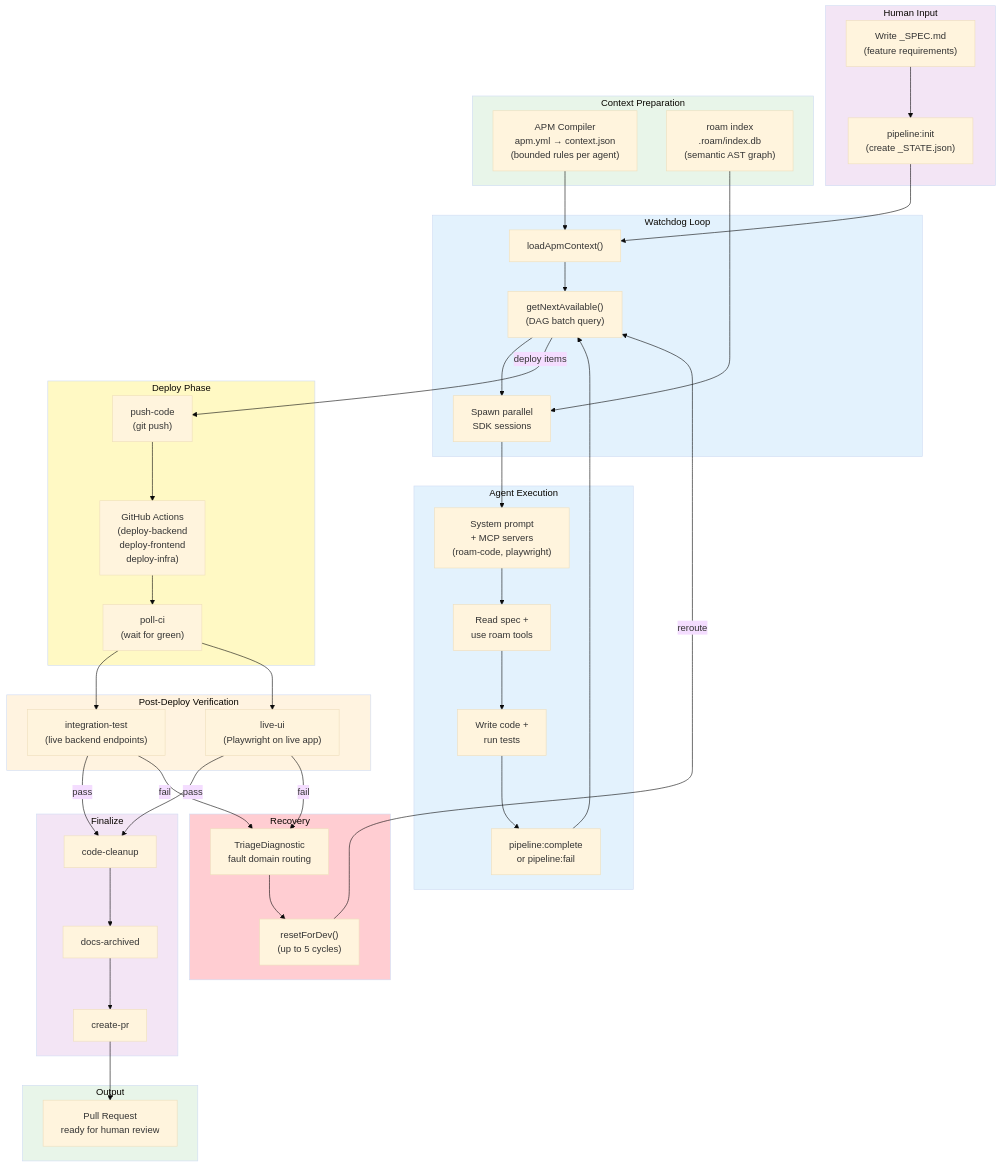
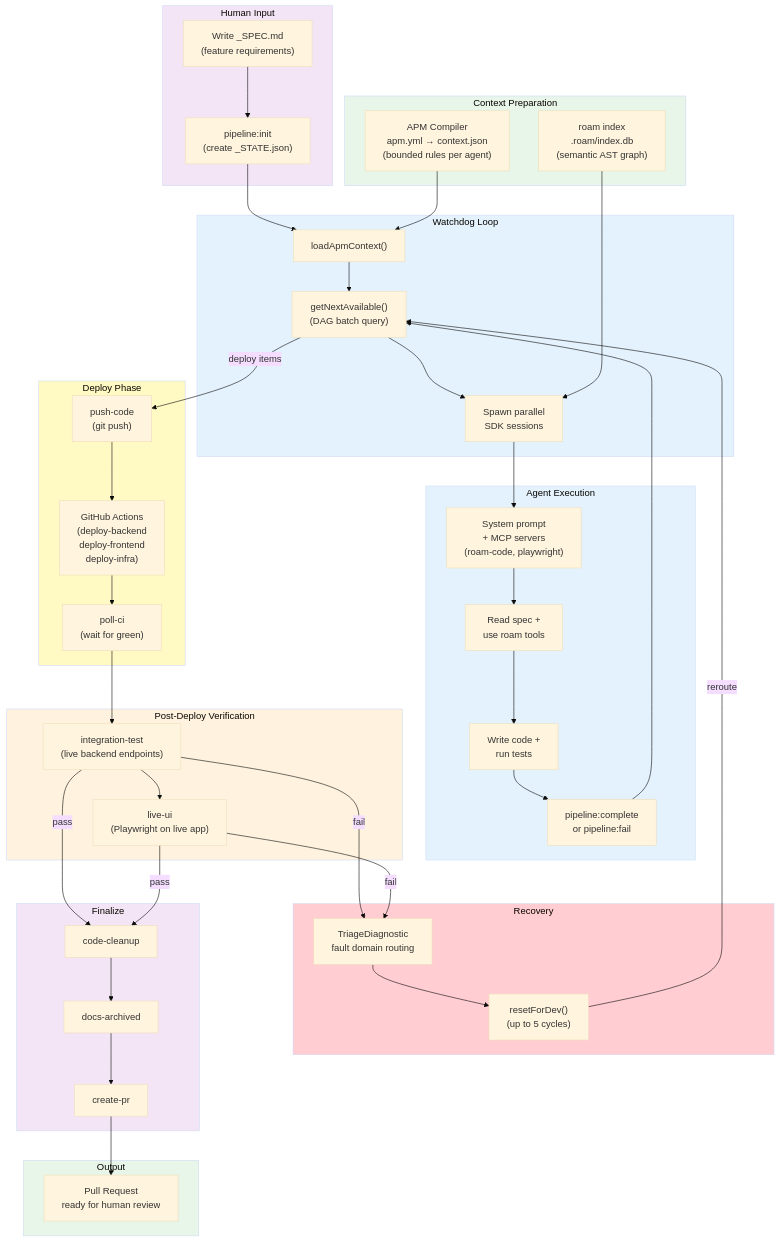
The diagram in README.md (RomanKaliupinMelonusa/DAGent-t), drawn with Mermaid (base theme) before and after one commit. The commit also changed other lines of this file and 18 other files, not shown here.

````diff
--- a/README.md
+++ b/README.md
@@ -116,71 +116,71 @@
 ```mermaid
 flowchart TD
     subgraph INPUT["Human Input"]
         SPEC["Write _SPEC.md<br/>(feature requirements)"]
         INIT["pipeline:init<br/>(create _STATE.json)"]
     end
 
     subgraph CONTEXT["Context Preparation"]
         APM["APM Compiler<br/>apm.yml → context.json<br/>(bounded rules per agent)"]
         ROAM_IDX["roam index<br/>.roam/index.db<br/>(semantic AST graph)"]
     end
 
     subgraph WATCHDOG["Watchdog Loop"]
         LOAD["loadApmContext()"] --> BATCH["getNextAvailable()<br/>(DAG batch query)"]
         BATCH --> SESSIONS["Spawn parallel<br/>SDK sessions"]
     end
 
     subgraph AGENTS["Agent Execution"]
         SYS["System prompt<br/>+ MCP servers<br/>(roam-code, playwright)"]
         SYS --> READ["Read spec +<br/>use roam tools"]
         READ --> CODE["Write code +<br/>run tests"]
         CODE --> COMMIT["pipeline:complete<br/>or pipeline:fail"]
     end
 
     subgraph DEPLOY["Deploy Phase"]
         PUSH["push-code<br/>(git push)"] --> CI["GitHub Actions<br/>(deploy-backend<br/>deploy-frontend<br/>deploy-infra)"]
         CI --> POLL["poll-ci<br/>(wait for green)"]
     end
 
     subgraph VERIFY["Post-Deploy Verification"]
         INT["integration-test<br/>(live backend endpoints)"]
-        LIVE["live-ui<br/>(Playwright on live app)"]
+        INT --> LIVE["live-ui<br/>(Playwright on live app)"]
     end
 
     subgraph RECOVERY["Recovery"]
         TRIAGE["TriageDiagnostic<br/>fault domain routing"]
         RESET["resetForDev()<br/>(up to 5 cycles)"]
     end
 
     subgraph FINALIZE["Finalize"]
         CLEAN["code-cleanup"] --> DOCS["docs-archived"] --> PR["create-pr"]
     end
 
     subgraph OUTPUT["Output"]
         REVIEW["Pull Request<br/>ready for human review"]
     end
 
     SPEC --> INIT
     INIT --> LOAD
     APM --> LOAD
     ROAM_IDX --> SESSIONS
     SESSIONS --> SYS
     COMMIT --> BATCH
     BATCH -->|deploy items| PUSH
-    POLL --> INT & LIVE
+    POLL --> INT
     INT & LIVE -->|pass| CLEAN
     INT & LIVE -->|fail| TRIAGE
     TRIAGE --> RESET
     RESET -->|reroute| BATCH
     PR --> REVIEW
 
     style INPUT fill:#f3e5f5
     style CONTEXT fill:#e8f5e9
     style WATCHDOG fill:#e3f2fd
     style AGENTS fill:#e3f2fd
     style DEPLOY fill:#fff9c4
     style VERIFY fill:#fff3e0
     style RECOVERY fill:#ffcdd2
     style FINALIZE fill:#f3e5f5
     style OUTPUT fill:#e8f5e9
 ```
````
